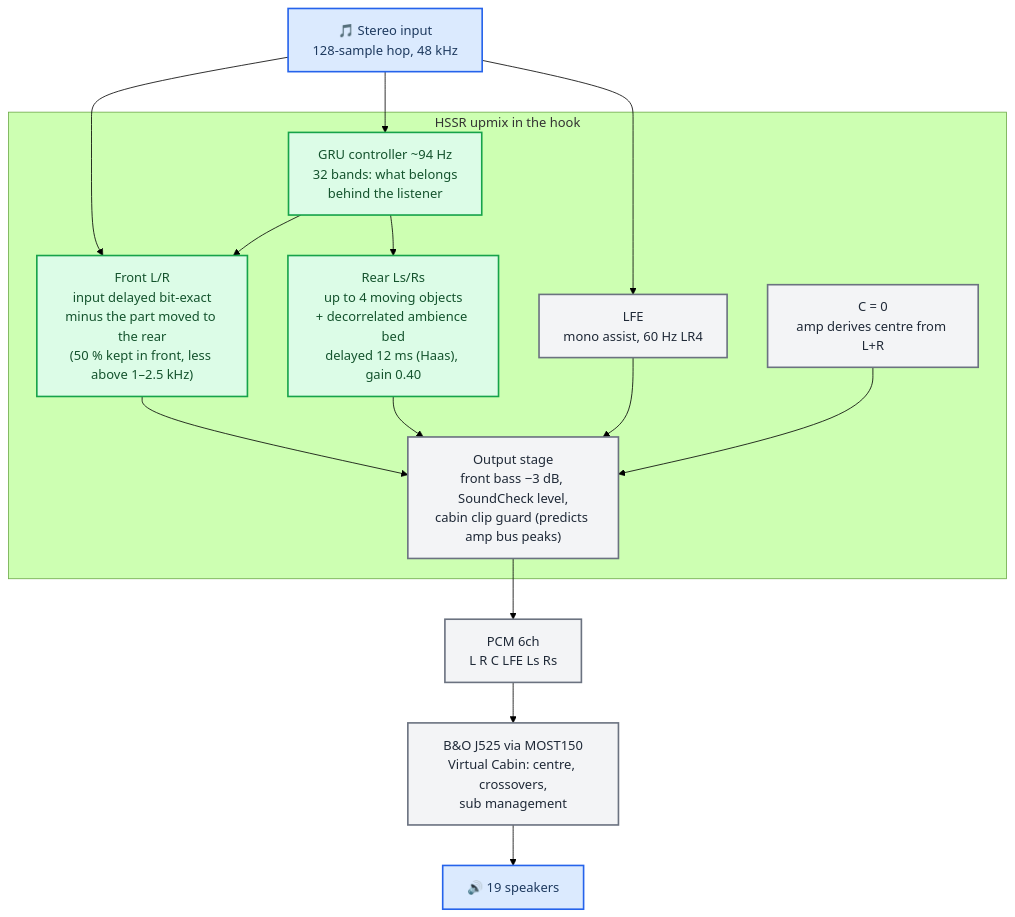
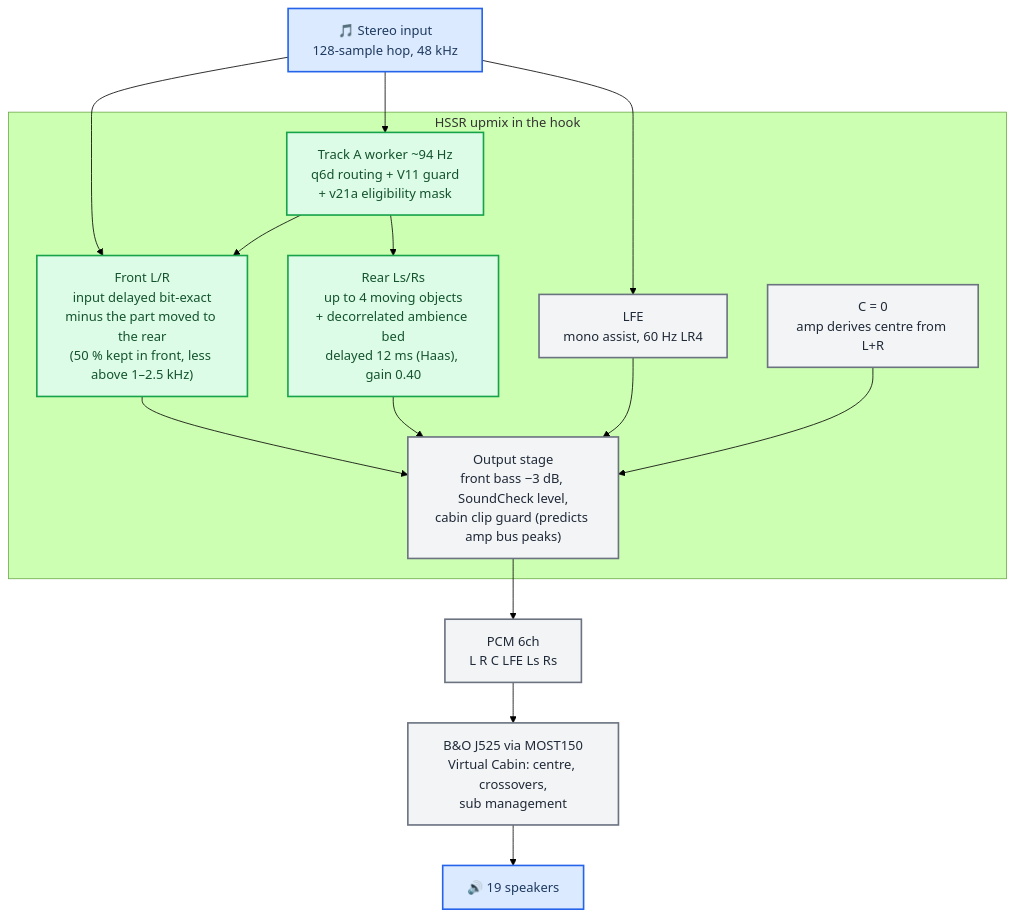
One commit to luka-dev/mib2q-carplay-rgi changed the first of 5 diagrams in docs/audio/STEREO_TO_5_1_UPMIX.md. Above: the diagram before and after it, drawn with Mermaid (forest theme). The commit also changed other lines of this file and 6 other files, not shown here.

Commit message:
docs(audio): refresh domain diagrams and paused qualification map

````diff
--- a/docs/audio/STEREO_TO_5_1_UPMIX.md
+++ b/docs/audio/STEREO_TO_5_1_UPMIX.md
@@ -11,37 +11,37 @@
 ```mermaid
 flowchart TB
     accTitle: HSSR upmix at a glance
-    accDescr: Stereo input is split into a delayed bit-exact front and a feature path; a small GRU controller decides per band what goes to the rear, which is built from moving objects and an ambience bed delayed 12 ms; LFE and the output stage finish the six channels that go over MOST150 to the B&O amp, whose Virtual Cabin renders them on 19 speakers.
+    accDescr: Stereo input is split into a delayed front and a feature path. Track A uses q6d routing, V11 protection and v21a eligibility to build rear objects and an ambience bed delayed 12 ms; PCM6 then reaches the B&O amplifier and its 19 speakers.
     stereo["🎵 Stereo input<br/>128-sample hop, 48 kHz"]
 
     subgraph hssr ["HSSR upmix in the hook"]
         front["Front L/R<br/>input delayed bit-exact<br/>minus the part moved to the rear<br/>(50 % kept in front, less above 1–2.5 kHz)"]
-        ctrl["GRU controller ~94 Hz<br/>32 bands: what belongs<br/>behind the listener"]
+        ctrl["Track A worker ~94 Hz<br/>q6d routing + V11 guard<br/>+ v21a eligibility mask"]
         rear["Rear Ls/Rs<br/>up to 4 moving objects<br/>+ decorrelated ambience bed<br/>delayed 12 ms (Haas), gain 0.40"]
         lfe["LFE<br/>mono assist, 60 Hz LR4"]
         centre["C = 0<br/>amp derives centre from L+R"]
         out["Output stage<br/>front bass −3 dB, SoundCheck level,<br/>cabin clip guard (predicts amp bus peaks)"]
     end
 
     pcm["PCM 6ch<br/>L R C LFE Ls Rs"]
     amp["B&O J525 via MOST150<br/>Virtual Cabin: centre, crossovers,<br/>sub management"]
     spk["🔊 19 speakers"]
 
     stereo --> front
     stereo --> ctrl
     ctrl --> rear
     ctrl --> front
     stereo --> lfe
     front --> out
     rear --> out
     lfe --> out
     centre --> out
     out --> pcm --> amp --> spk
 
     classDef primary fill:#dbeafe,stroke:#2563eb,stroke-width:2px,color:#1e3a5f
     classDef success fill:#dcfce7,stroke:#16a34a,stroke-width:2px,color:#14532d
     classDef neutral fill:#f3f4f6,stroke:#6b7280,stroke-width:2px,color:#1f2937
     class stereo,spk primary
     class ctrl,rear,front success
     class lfe,centre,out,pcm,amp neutral
 ```
````
